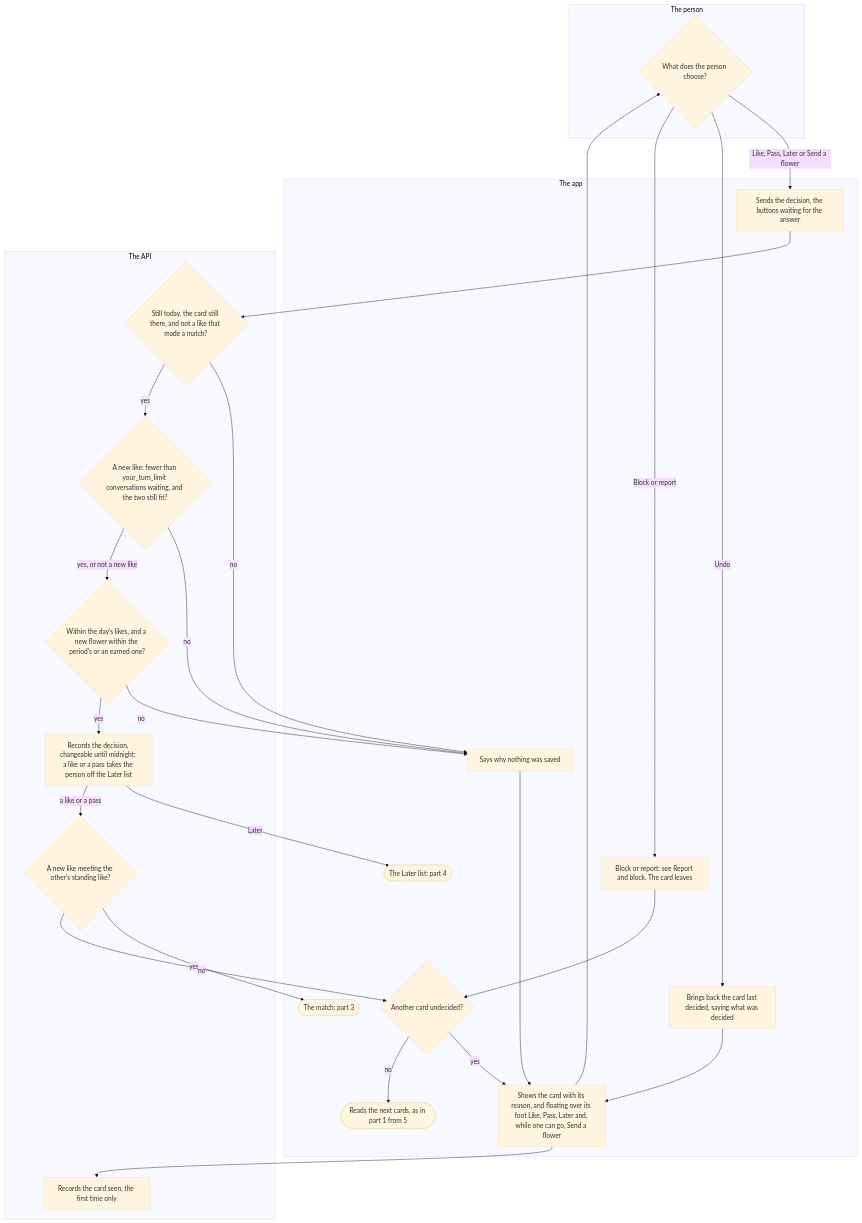
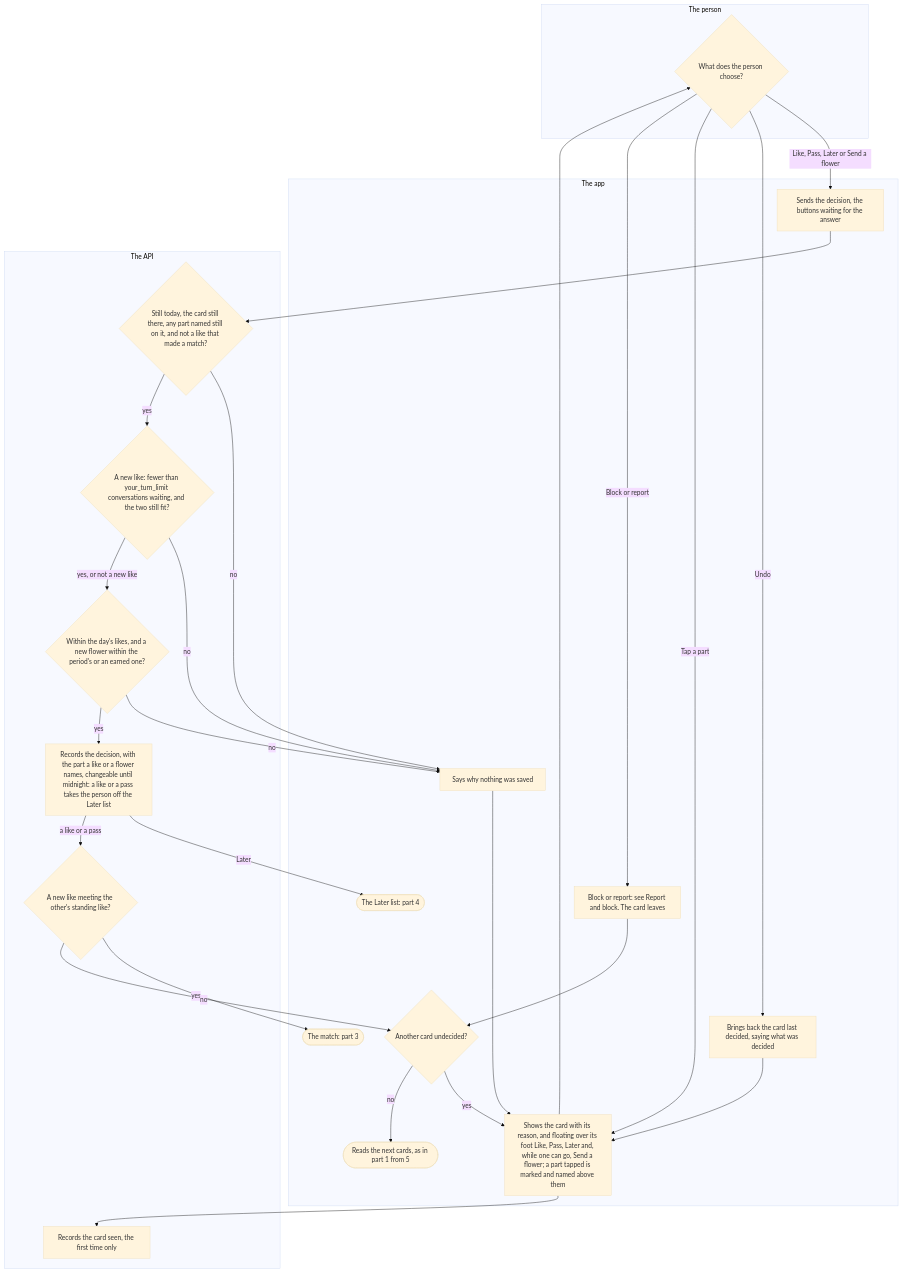
Before and after one commit to kuutti-ry/kumpa-app: the second of 5 diagrams in docs/flows/queue.md, drawn with Mermaid (base theme). The commit also changed other lines of this file and 114 other files, not shown here.

First line of the commit message:
Show a card as one scroll, like a part of it, name what a profile lacks (#760)

````diff
--- a/docs/flows/queue.md
+++ b/docs/flows/queue.md
@@ -100,48 +100,49 @@
 ```mermaid
 flowchart TB
   accTitle: A card and its decision
-  accDescr: The app shows one card with its reason and the buttons. The person likes, passes, leaves it for later, which puts the person on the Later list, or sends a flower, or blocks or reports, or undoes the last decision. The API checks the day and the card, the your-turn limit and the fit for a new like, then the day's likes and the period's flowers, and records the decision. A new like that meets a standing like is a match.
+  accDescr: The app shows one card with its reason and the buttons. A tap on a part of the card marks it for the like or the flower, and a second tap clears it. The person likes, passes, leaves it for later, which puts the person on the Later list, or sends a flower, or blocks or reports, or undoes the last decision. The API checks the day, the card and the part named, the your-turn limit and the fit for a new like, then the day's likes and the period's flowers, and records the decision. A new like that meets a standing like is a match.
   subgraph person["The person"]
     s18{"What does the person choose?"}
   end
   subgraph app["The app"]
-    s16["Shows the card with its reason, and floating over its foot Like, Pass, Later and, while one can go, Send a flower"]
+    s16["Shows the card with its reason, and floating over its foot Like, Pass, Later and, while one can go, Send a flower; a part tapped is marked and named above them"]
     s19["Sends the decision, the buttons waiting for the answer"]
     s23["Says why nothing was saved"]
     s26(["The match: part 3"])
     s27{"Another card undecided?"}
     s28(["Reads the next cards, as in part 1 from 5"])
     s29["Brings back the card last decided, saying what was decided"]
     s30["Block or report: see Report and block. The card leaves"]
     s31(["The Later list: part 4"])
   end
   subgraph api["The API"]
     s17["Records the card seen, the first time only"]
-    s20{"Still today, the card still there, and not a like that made a match?"}
+    s20{"Still today, the card still there, any part named still on it, and not a like that made a match?"}
     s21{"A new like: fewer than your_turn_limit conversations waiting, and the two still fit?"}
     s22{"Within the day's likes, and a new flower within the period's or an earned one?"}
-    s24["Records the decision, changeable until midnight: a like or a pass takes the person off the Later list"]
+    s24["Records the decision, with the part a like or a flower names, changeable until midnight: a like or a pass takes the person off the Later list"]
     s25{"A new like meeting the other's standing like?"}
   end
   s16 --> s17
   s16 --> s18
   s18 -->|"Like, Pass, Later or Send a flower"| s19
   s18 -->|"Undo"| s29
+  s18 -->|"Tap a part"| s16
   s18 -->|"Block or report"| s30
   s19 --> s20
   s20 -->|"no"| s23
   s20 -->|"yes"| s21
   s21 -->|"no"| s23
   s21 -->|"yes, or not a new like"| s22
   s22 -->|"no"| s23
   s22 -->|"yes"| s24
   s23 --> s16
   s24 -->|"Later"| s31
   s24 -->|"a like or a pass"| s25
   s25 -->|"yes"| s26
   s25 -->|"no"| s27
   s27 -->|"yes"| s16
   s27 -->|"no"| s28
   s29 --> s16
   s30 --> s27
 ```
````
